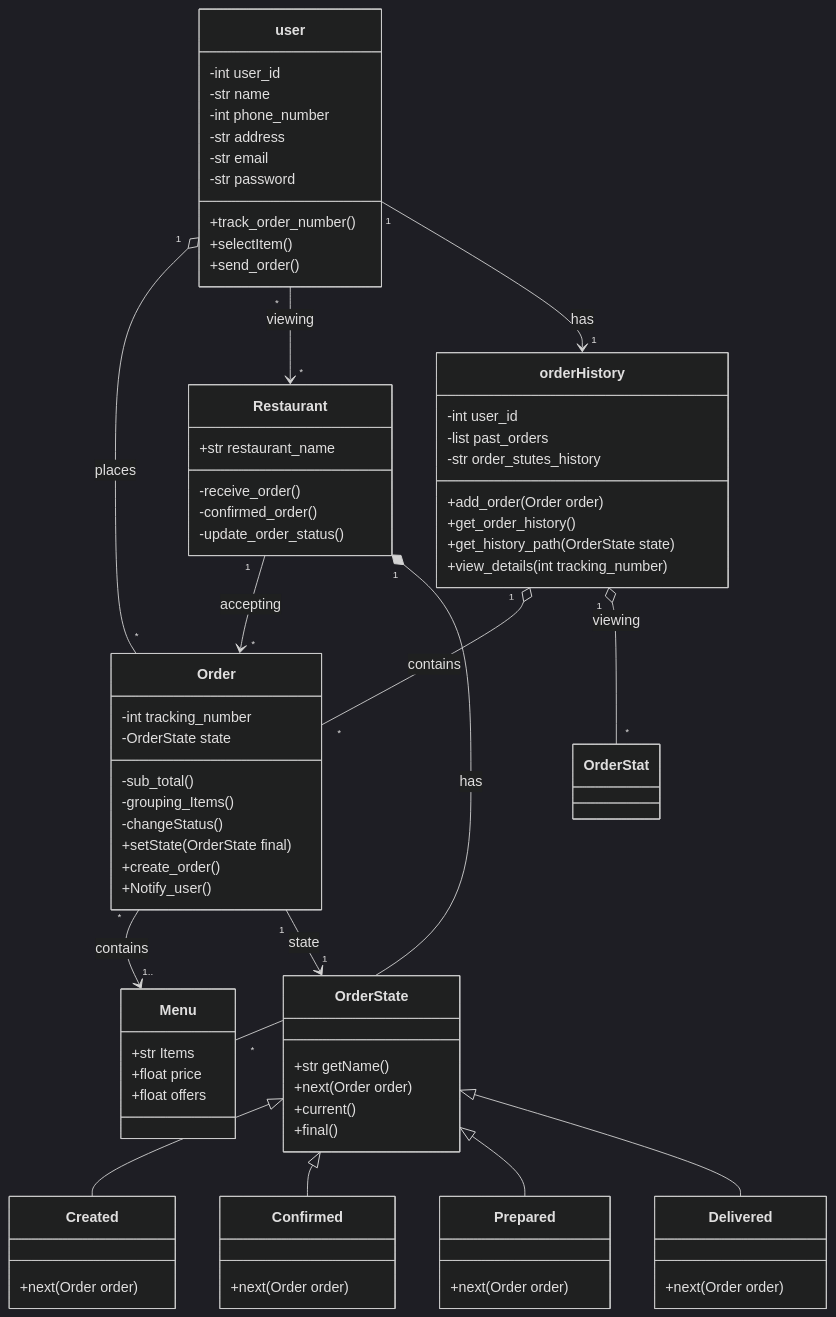
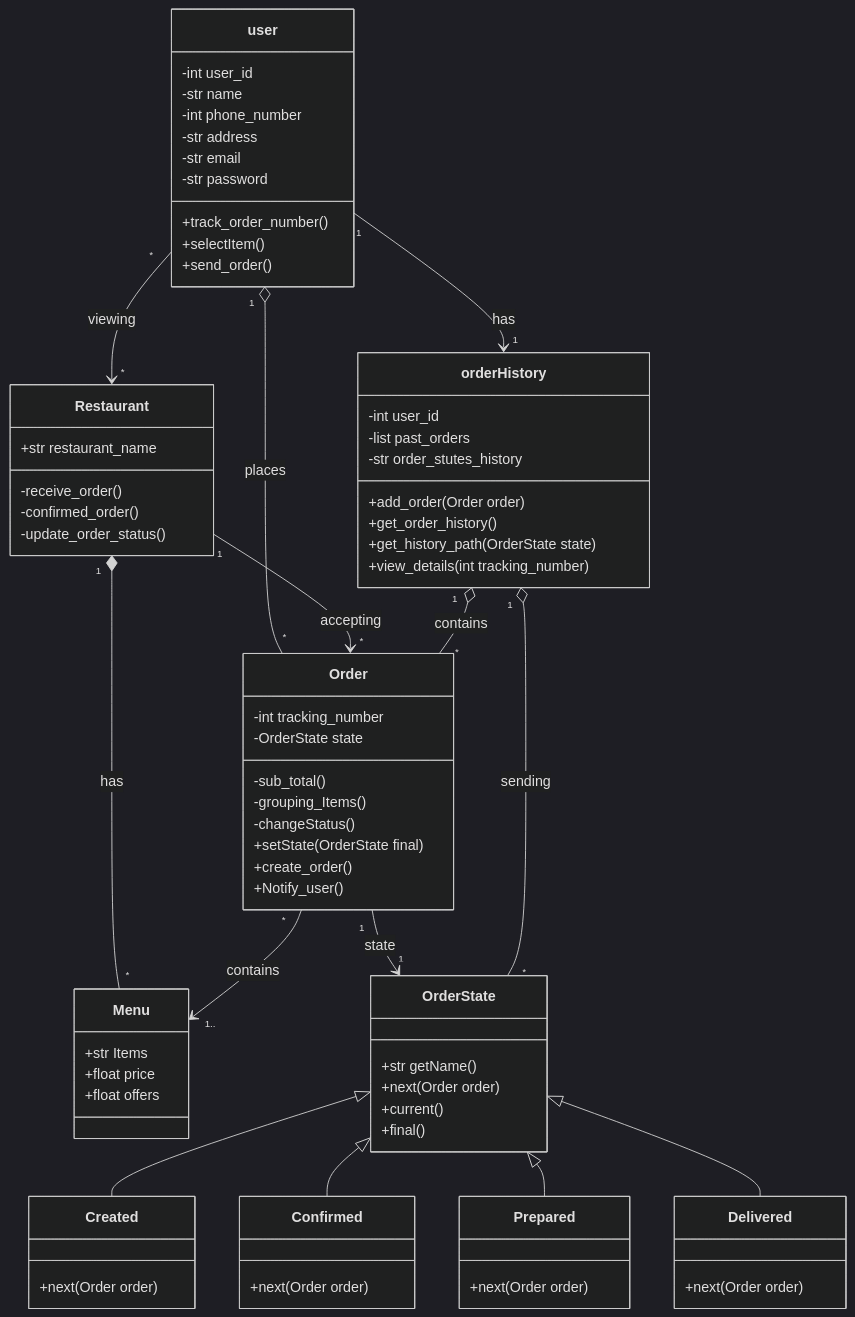
One commit to Tmadeer/Architecture_Plan_For_FoodDeliveryPlatform changed the diagram in taktakah/newclassdiagram.mmd. Above: the diagram before and after it, drawn with Mermaid (dark theme).

Commit message:
trying out

```diff
--- a/taktakah/newclassdiagram.mmd
+++ b/taktakah/newclassdiagram.mmd
@@ -1,85 +1,85 @@
 classDiagram
 direction TB
 
     class user {
         -int user_id
         -str name
         -int phone_number
         -str address
         -str email
         -str password
         +track_order_number()
         +selectItem()
         +send_order()
     }
 
     class Menu {
         +str Items
         +float price
         +float offers
     }
 
     class Restaurant {
         +str restaurant_name
         -receive_order()
         -confirmed_order()
         -update_order_status()
     }
 
     class Order {
         -int tracking_number
         -OrderState state
         -sub_total()
         -grouping_Items()
         -changeStatus()
         +setState(OrderState final)
         +create_order()
         +Notify_user()
     }
 
     class orderHistory {
         -int user_id
         -list past_orders
 	-str order_stutes_history
         +add_order(Order order)
         +get_order_history()
 	+get_history_path(OrderState state)
         +view_details(int tracking_number)
     }
 
     class OrderState {
         +str getName() 
         +next(Order order)
 	+current()
 	+final()
     }
 
     class Created {
         +next(Order order)
     }
 
     class Confirmed {
         +next(Order order)
     }
 
     class Prepared {
         +next(Order order)
     }
 
     class Delivered {
         +next(Order order)
     }
 
     user "1" o-- "*" Order : places
 Restaurant "1" --> "*" Order : accepting
 Restaurant "1" * -- "*" Menu : has
 user "*" --> "*" Restaurant : viewing
 Order "*" --> "1.." Menu : contains
 user "1" --> "1" orderHistory : has
 orderHistory "1" o-- "*" Order : contains
     Order "1" --> "1" OrderState : state
     OrderState <|-- Created
     OrderState <|-- Confirmed
     OrderState <|-- Prepared
     OrderState <|-- Delivered
-orderHistory "1" o-- "*" OrderStat : viewing
+orderHistory "1" o-- "*" OrderState : sending
```
